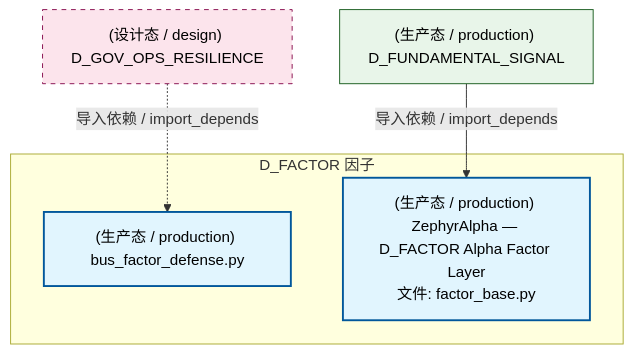
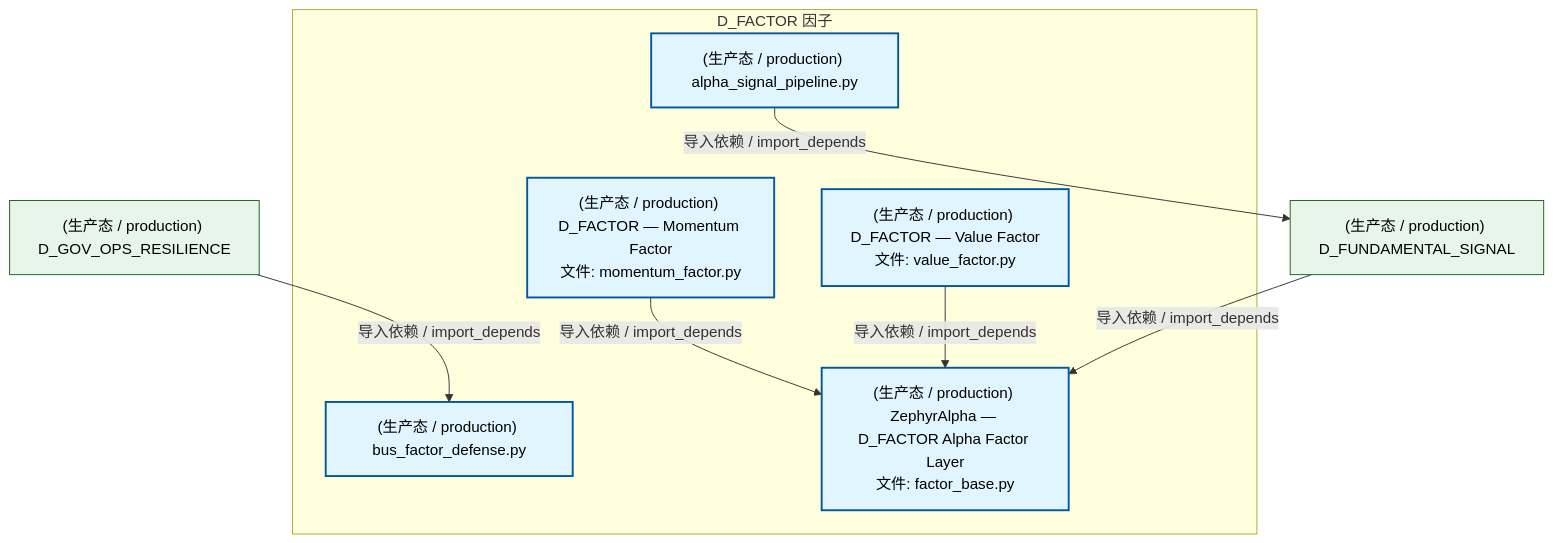
One commit to xuanFelixVan/ZephyrAlpha changed the second of 3 diagrams in docs/02_enterprise_architecture/02_domain_architecture_docs/36_d_factor.md. Above: the diagram before and after it, drawn with Mermaid. The commit also changed other lines of this file and 128 other files, not shown here.

````diff
--- a/docs/02_enterprise_architecture/02_domain_architecture_docs/36_d_factor.md
+++ b/docs/02_enterprise_architecture/02_domain_architecture_docs/36_d_factor.md
@@ -101,18 +98,23 @@
 ```mermaid
 graph TD
     subgraph D_FACTOR["D_FACTOR 因子"]
+        src_zephyr_factor_alpha_signal_pipeline_py["(生产态 / production) alpha_signal_pipeline.py"]
         src_zephyr_factor_bus_factor_defense_py["(生产态 / production) bus_factor_defense.py"]
         src_zephyr_factor_factor_base_py["(生产态 / production) ZephyrAlpha — D_FACTOR Alpha Factor Layer<br/>文件: factor_base.py"]
+        src_zephyr_factor_momentum_factor_py["(生产态 / production) D_FACTOR — Momentum Factor<br/>文件: momentum_factor.py"]
+        src_zephyr_factor_value_factor_py["(生产态 / production) D_FACTOR — Value Factor<br/>文件: value_factor.py"]
     end
+    src_zephyr_factor_momentum_factor_py -->|导入依赖 / import_depends| src_zephyr_factor_factor_base_py
+    src_zephyr_factor_value_factor_py -->|导入依赖 / import_depends| src_zephyr_factor_factor_base_py
     D_FUNDAMENTAL_SIGNAL["(生产态 / production) D_FUNDAMENTAL_SIGNAL"]
+    src_zephyr_factor_alpha_signal_pipeline_py -->|导入依赖 / import_depends| D_FUNDAMENTAL_SIGNAL
     D_FUNDAMENTAL_SIGNAL -->|导入依赖 / import_depends| src_zephyr_factor_factor_base_py
-    D_GOV_OPS_RESILIENCE["(设计态 / design) D_GOV_OPS_RESILIENCE"]
-    D_GOV_OPS_RESILIENCE -.->|导入依赖 / import_depends| src_zephyr_factor_bus_factor_defense_py
+    D_GOV_OPS_RESILIENCE["(生产态 / production) D_GOV_OPS_RESILIENCE"]
+    D_GOV_OPS_RESILIENCE -->|导入依赖 / import_depends| src_zephyr_factor_bus_factor_defense_py
     classDef production fill:#e1f5fe,stroke:#01579b,stroke-width:2px,color:#000
     classDef design fill:#fff3e0,stroke:#e65100,stroke-width:2px,color:#000,stroke-dasharray: 5 5
     classDef external_prod fill:#e8f5e9,stroke:#1b5e20,stroke-width:1px,color:#000
     classDef external_design fill:#fce4ec,stroke:#880e4f,stroke-width:1px,color:#000,stroke-dasharray: 5 5
-    class src_zephyr_factor_bus_factor_defense_py,src_zephyr_factor_factor_base_py production
-    class D_FUNDAMENTAL_SIGNAL external_prod
-    class D_GOV_OPS_RESILIENCE external_design
+    class src_zephyr_factor_alpha_signal_pipeline_py,src_zephyr_factor_bus_factor_defense_py,src_zephyr_factor_factor_base_py,src_zephyr_factor_momentum_factor_py,src_zephyr_factor_value_factor_py production
+    class D_FUNDAMENTAL_SIGNAL,D_GOV_OPS_RESILIENCE external_prod
 ```
````
